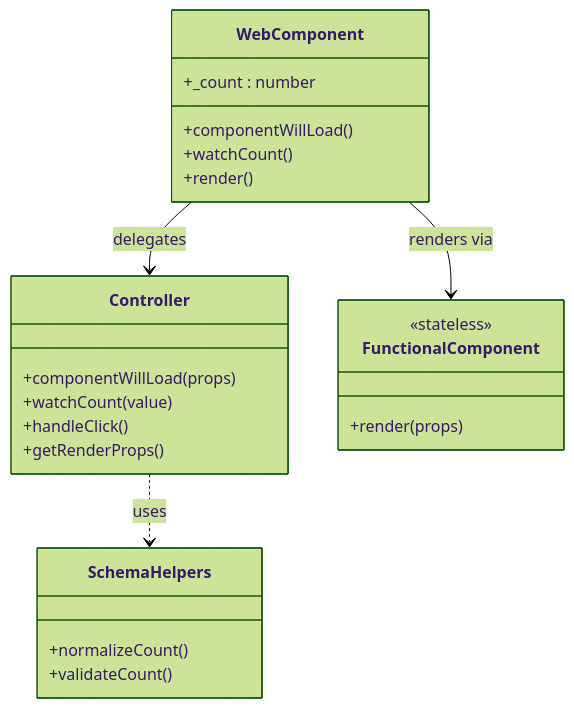
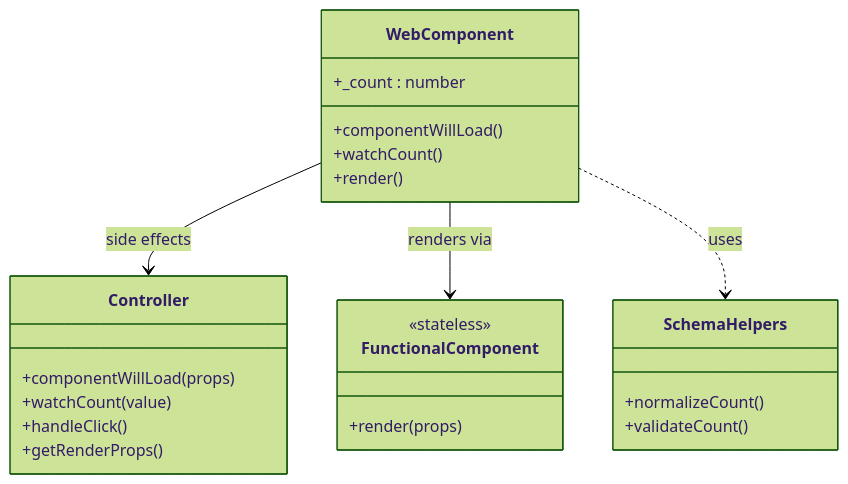
The second of 3 diagrams in packages/components/src/components/_skeleton/ARC42.md (deleonio/kolibri), drawn with Mermaid (forest theme) before and after one commit. The commit also changed other lines of this file and 6 other files, not shown here.

````diff
--- a/packages/components/src/components/_skeleton/ARC42.md
+++ b/packages/components/src/components/_skeleton/ARC42.md
@@ -105,26 +98,26 @@
 ```mermaid
 classDiagram
     class WebComponent {
         +_count : number
         +componentWillLoad()
         +watchCount()
         +render()
     }
     class Controller {
         +componentWillLoad(props)
         +watchCount(value)
         +handleClick()
         +getRenderProps()
     }
     class FunctionalComponent {
         <<stateless>>
         +render(props)
     }
     class SchemaHelpers {
         +normalizeCount()
         +validateCount()
     }
-    WebComponent --> Controller : delegates
+    WebComponent --> Controller : side effects
     WebComponent --> FunctionalComponent : renders via
-    Controller ..> SchemaHelpers : uses
+    WebComponent ..> SchemaHelpers : uses
 ```
````
